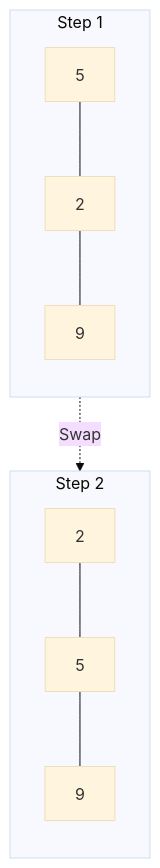
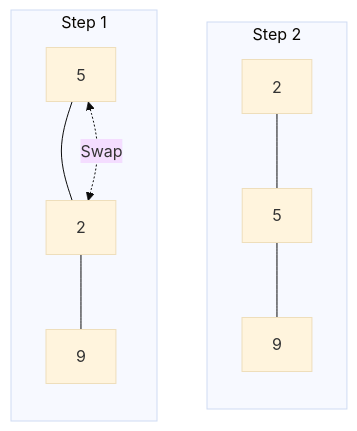
Before and after one commit to ghackenberg/course-python-programming: the diagram in Sessions/Session_08/Diagrams/Mermaid/bubble_sort_swap.mmd, drawn with Mermaid (base theme). The commit also changed 41 other files, not shown here.

Commit message:
style(session-08): update diagrams and images for session 08

```diff
--- a/Sessions/Session_08/Diagrams/Mermaid/bubble_sort_swap.mmd
+++ b/Sessions/Session_08/Diagrams/Mermaid/bubble_sort_swap.mmd
@@ -1,11 +1,11 @@
 graph TB
     subgraph "Step 2"
         direction TB
         B2[2] --- A2[5] --- C2[9]
     end
     subgraph "Step 1"
         direction TB
         A1[5] --- B1[2] --- C1[9]
     end
 
-    A1 -. Swap .-> A2
+    A1 <-. Swap .-> B1
```
